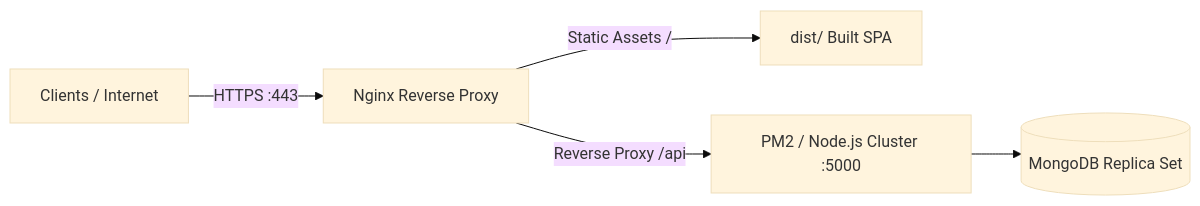
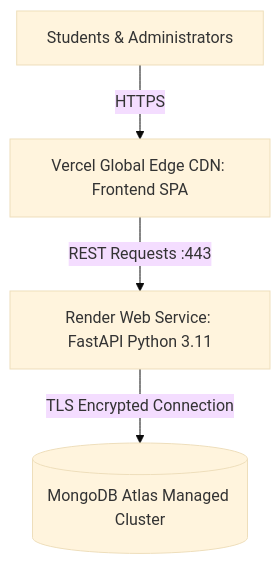
Before and after one commit to pixel-library/NextCampus: the diagram in docs/DEPLOYMENT.md, drawn with Mermaid (base theme). The commit also changed other lines of this file and 2 other files, not shown here.

Commit message:
chore(deploy): add Vercel SPA routing and Render Blueprint deployment configs

````diff
--- a/docs/DEPLOYMENT.md
+++ b/docs/DEPLOYMENT.md
@@ -13,7 +11,6 @@
 ```mermaid
-graph LR
-    User[Clients / Internet] -->|HTTPS :443| Nginx[Nginx Reverse Proxy]
-    Nginx -->|Static Assets /| StaticDist[dist/ Built SPA]
-    Nginx -->|Reverse Proxy /api| PM2[PM2 / Node.js Cluster :5000]
-    PM2 --> Mongo[(MongoDB Replica Set)]
+graph TD
+    Client[Students & Administrators] -->|HTTPS| Vercel[Vercel Global Edge CDN: Frontend SPA]
+    Vercel -->|REST Requests :443| Render[Render Web Service: FastAPI Python 3.11]
+    Render -->|TLS Encrypted Connection| Atlas[(MongoDB Atlas Managed Cluster)]
 ```
````
